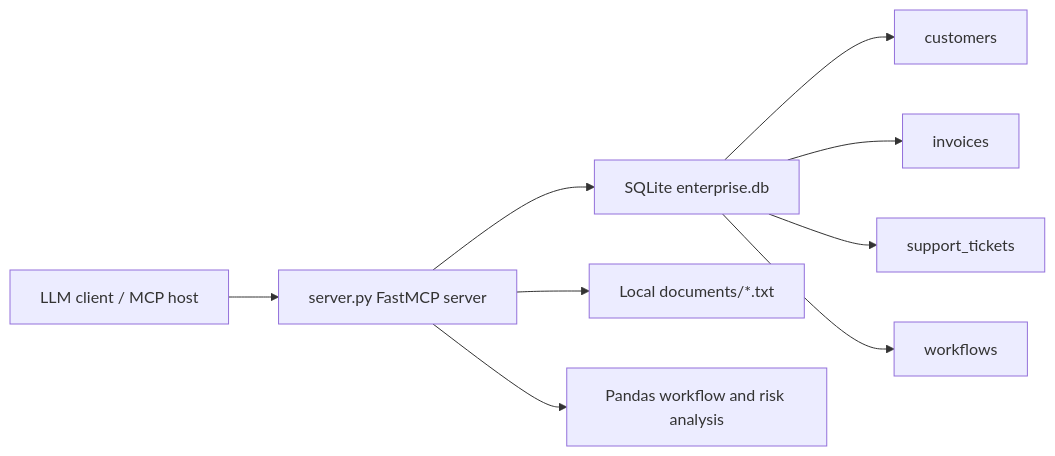
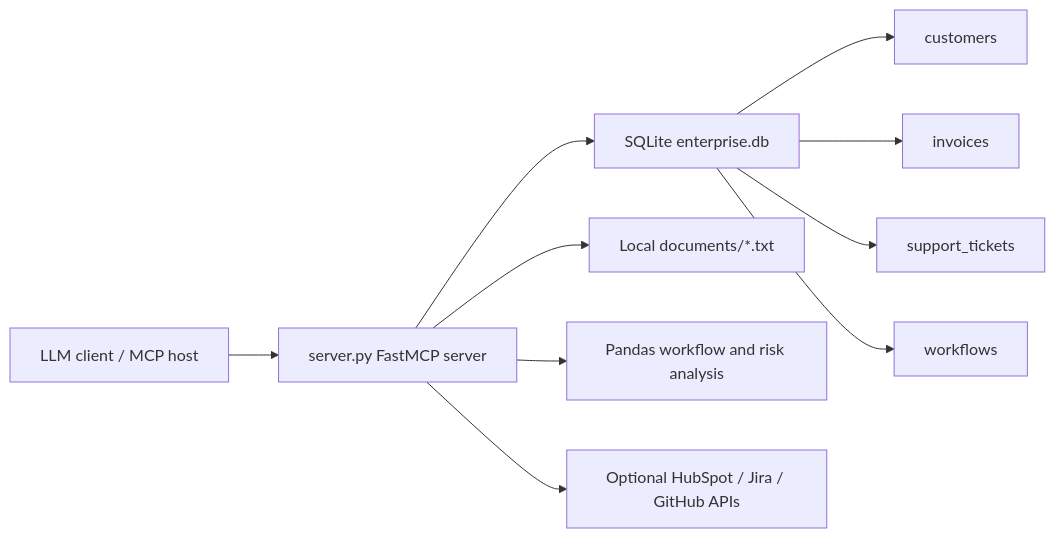
Before and after one commit to Nikithaxx05/enterprise-mcp-agent: the diagram in enterprise-mcp-agent/README.md, drawn with Mermaid. The commit also changed other lines of this file and 6 other files, not shown here.

````diff
--- a/enterprise-mcp-agent/README.md
+++ b/enterprise-mcp-agent/README.md
@@ -7,11 +7,12 @@
 ```mermaid
 flowchart LR
     Client["LLM client / MCP host"] --> MCP["server.py FastMCP server"]
     MCP --> SQL["SQLite enterprise.db"]
     MCP --> Docs["Local documents/*.txt"]
     MCP --> Pandas["Pandas workflow and risk analysis"]
+    MCP --> APIs["Optional HubSpot / Jira / GitHub APIs"]
     SQL --> Customers["customers"]
     SQL --> Invoices["invoices"]
     SQL --> Tickets["support_tickets"]
     SQL --> Workflows["workflows"]
 ```
````
